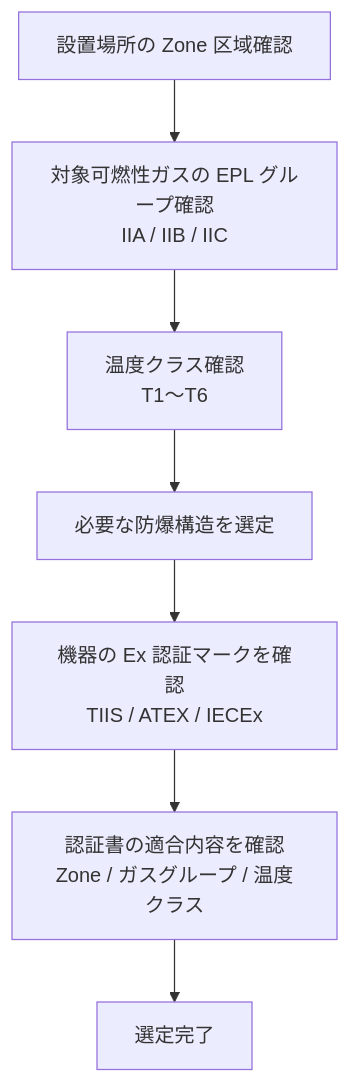
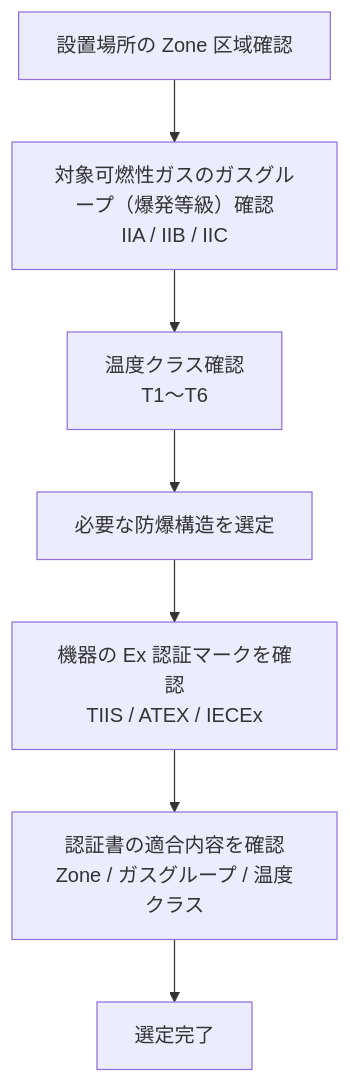
Before and after one commit to kfurufuru/ei-wiki: the diagram in docs/03-keiso/explosion-proof.md, drawn with Mermaid. The commit also changed 73 other files, not shown here.

````diff
--- a/docs/03-keiso/explosion-proof.md
+++ b/docs/03-keiso/explosion-proof.md
@@ -73,9 +73,9 @@
 ```mermaid
 flowchart TD
-    A[設置場所の Zone 区域確認] --> B[対象可燃性ガスの EPL グループ確認\nIIA / IIB / IIC]
+    A[設置場所の Zone 区域確認] --> B[対象可燃性ガスのガスグループ（爆発等級）確認\nIIA / IIB / IIC]
     B --> C[温度クラス確認\nT1〜T6]
     C --> D[必要な防爆構造を選定]
     D --> E[機器の Ex 認証マークを確認\nTIIS / ATEX / IECEx]
     E --> F[認証書の適合内容を確認\nZone / ガスグループ / 温度クラス]
     F --> G[選定完了]
 ```
````
